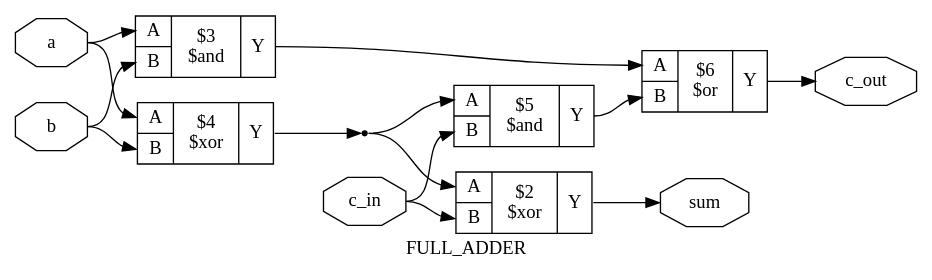
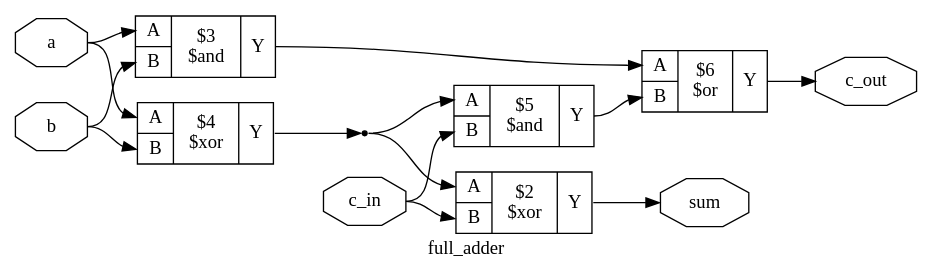
Before and after one commit to Rushi03/logic-design: the diagram in projects/full_adder/full_adder_diagram.dot, drawn with Graphviz. The commit also changed 48 other files, not shown here.

```diff
--- a/projects/full_adder/full_adder_diagram.dot
+++ b/projects/full_adder/full_adder_diagram.dot
@@ -1,29 +1,29 @@
-digraph "FULL_ADDER" {
-label="FULL_ADDER";
+digraph "full_adder" {
+label="full_adder";
 rankdir="LR";
 remincross=true;
 n4 [ shape=octagon, label="a", color="black", fontcolor="black"];
 n5 [ shape=octagon, label="b", color="black", fontcolor="black"];
 n6 [ shape=octagon, label="c_in", color="black", fontcolor="black"];
 n7 [ shape=octagon, label="c_out", color="black", fontcolor="black"];
 n8 [ shape=octagon, label="sum", color="black", fontcolor="black"];
 c12 [ shape=record, label="{{<p9> A|<p10> B}|$3\n$and|{<p11> Y}}",  ];
 c13 [ shape=record, label="{{<p9> A|<p10> B}|$5\n$and|{<p11> Y}}",  ];
 c14 [ shape=record, label="{{<p9> A|<p10> B}|$6\n$or|{<p11> Y}}",  ];
 c15 [ shape=record, label="{{<p9> A|<p10> B}|$2\n$xor|{<p11> Y}}",  ];
 c16 [ shape=record, label="{{<p9> A|<p10> B}|$4\n$xor|{<p11> Y}}",  ];
 c12:p11:e -> c14:p9:w [color="black", fontcolor="black", label=""];
 c13:p11:e -> c14:p10:w [color="black", fontcolor="black", label=""];
 n3 [ shape=point ];
 c16:p11:e -> n3:w [color="black", fontcolor="black", label=""];
 n3:e -> c13:p9:w [color="black", fontcolor="black", label=""];
 n3:e -> c15:p9:w [color="black", fontcolor="black", label=""];
 n4:e -> c12:p9:w [color="black", fontcolor="black", label=""];
 n4:e -> c16:p9:w [color="black", fontcolor="black", label=""];
 n5:e -> c12:p10:w [color="black", fontcolor="black", label=""];
 n5:e -> c16:p10:w [color="black", fontcolor="black", label=""];
 n6:e -> c13:p10:w [color="black", fontcolor="black", label=""];
 n6:e -> c15:p10:w [color="black", fontcolor="black", label=""];
 c14:p11:e -> n7:w [color="black", fontcolor="black", label=""];
 c15:p11:e -> n8:w [color="black", fontcolor="black", label=""];
 }
```
